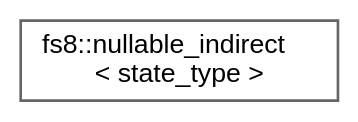
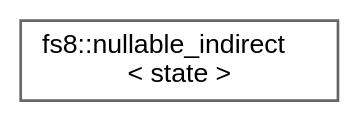
Before and after one commit to the-moisrex/foresight: the diagram in api/inherit_graph_102.dot, drawn with Graphviz. The commit also changed 152 other files, not shown here.

```diff
--- a/api/inherit_graph_102.dot
+++ b/api/inherit_graph_102.dot
@@ -1,9 +1,9 @@
 digraph "Graphical Class Hierarchy"
 {
  // LATEX_PDF_SIZE
   bgcolor="transparent";
   edge [fontname=Helvetica,fontsize=10,labelfontname=Helvetica,labelfontsize=10];
   node [fontname=Helvetica,fontsize=10,shape=box,height=0.2,width=0.4];
   rankdir="LR";
-  Node0 [id="Node000000",label="fs8::nullable_indirect\l\< state_type \>",height=0.2,width=0.4,color="grey40", fillcolor="white", style="filled",URL="$structfs8_1_1nullable__indirect.html",tooltip=" "];
+  Node0 [id="Node000000",label="fs8::nullable_indirect\l\< state \>",height=0.2,width=0.4,color="grey40", fillcolor="white", style="filled",URL="$structfs8_1_1nullable__indirect.html",tooltip=" "];
 }
```
